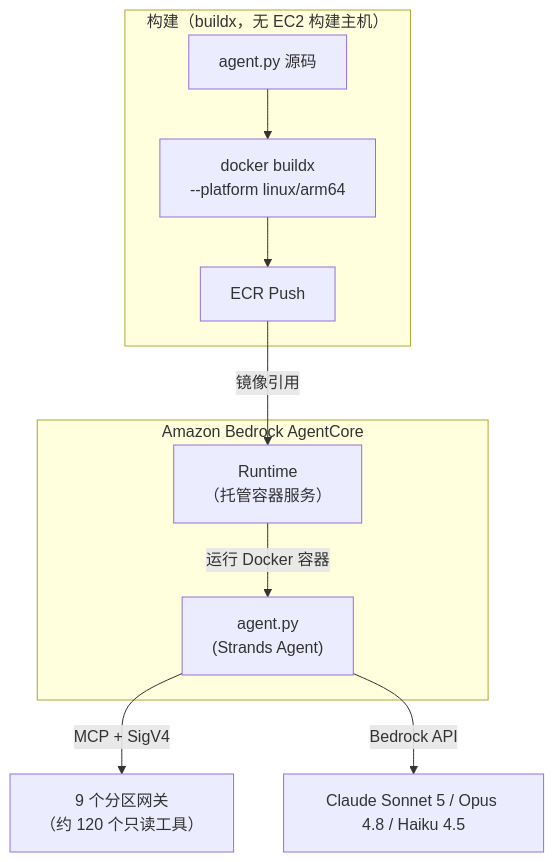
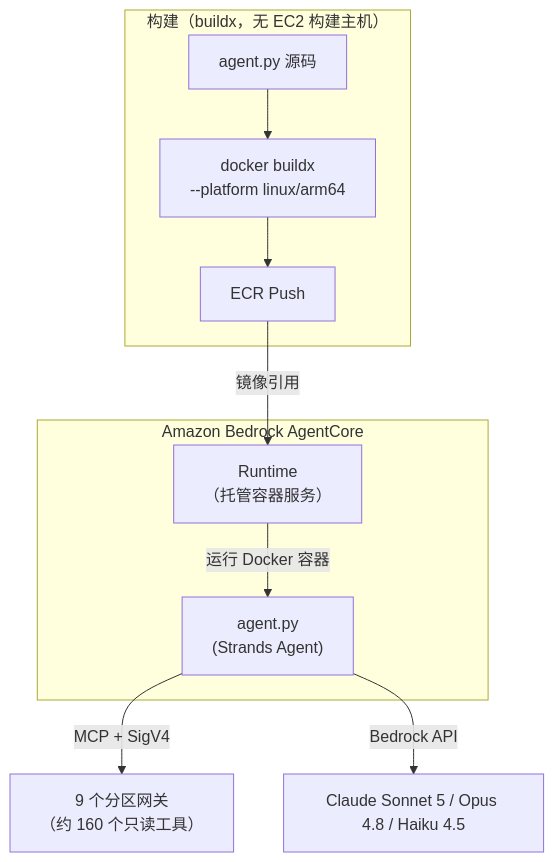
Before and after one commit to Atom-oh/awsops: the second of 7 diagrams in docs-site/i18n/zh/docusaurus-plugin-content-docs/current/faq/agentcore-memory.md, drawn with Mermaid. The commit also changed other lines of this file and 28 other files, not shown here.

````diff
--- a/docs-site/i18n/zh/docusaurus-plugin-content-docs/current/faq/agentcore-memory.md
+++ b/docs-site/i18n/zh/docusaurus-plugin-content-docs/current/faq/agentcore-memory.md
@@ -40,17 +40,17 @@
 ```mermaid
 flowchart TD
   subgraph AC["Amazon Bedrock AgentCore"]
     RT["Runtime<br/>（托管容器服务）"]
     RT -->|"运行 Docker 容器"| AGENT["agent.py<br/>(Strands Agent)"]
   end
 
   subgraph BUILD["构建（buildx，无 EC2 构建主机）"]
     SRC["agent.py 源码"] --> DOCKER["docker buildx<br/>--platform linux/arm64"]
     DOCKER --> ECR["ECR Push"]
   end
 
   ECR -->|"镜像引用"| RT
 
-  AGENT -->|"MCP + SigV4"| GW["9 个分区网关<br/>（约 120 个只读工具）"]
+  AGENT -->|"MCP + SigV4"| GW["9 个分区网关<br/>（约 160 个只读工具）"]
   AGENT -->|"Bedrock API"| MODEL["Claude Sonnet 5 / Opus 4.8 / Haiku 4.5"]
 ```
````
